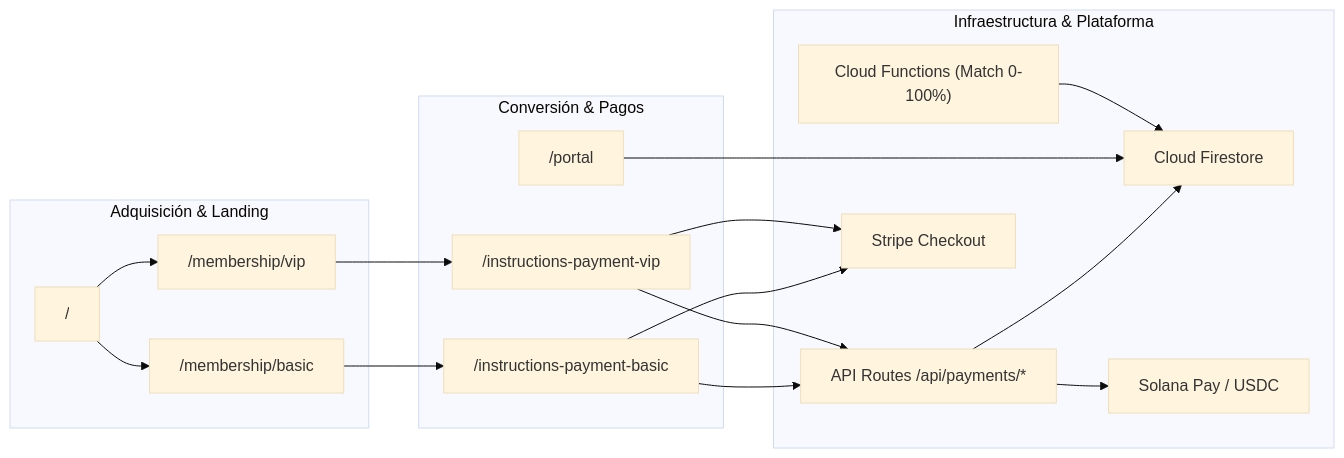
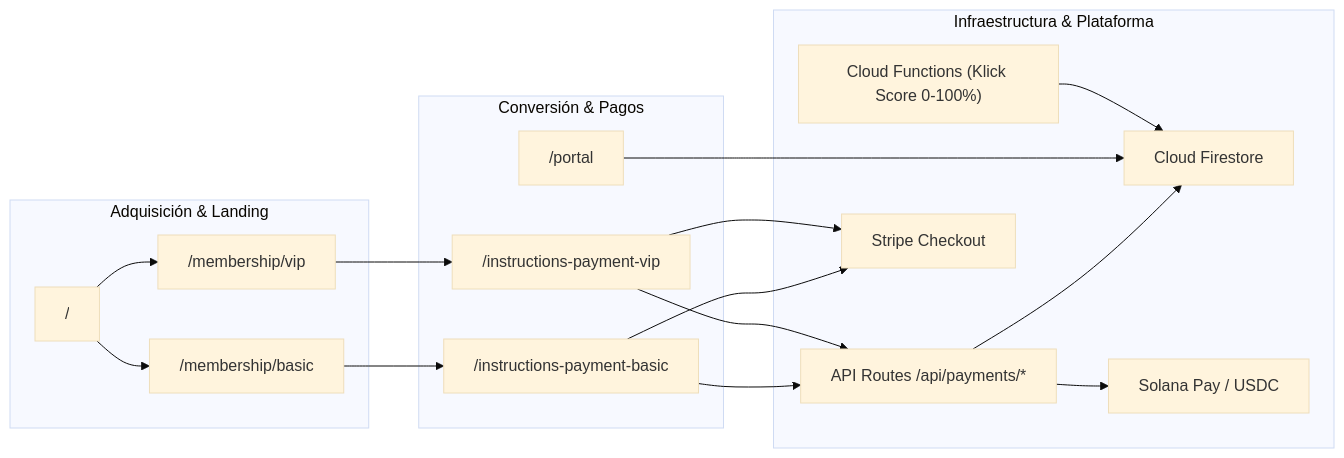
The diagram in docs/INVESTOR_OVERVIEW.md (klick-dating-app/klick-land), drawn with Mermaid (base theme) before and after one commit. The commit also changed 35 other files, not shown here.

````diff
--- a/docs/INVESTOR_OVERVIEW.md
+++ b/docs/INVESTOR_OVERVIEW.md
@@ -27,35 +27,35 @@
 ```mermaid
 flowchart LR
     subgraph Adquisición["Adquisición & Landing"]
         Home["/"]
         BasicPlan["/membership/basic"]
         VipPlan["/membership/vip"]
     end
 
     subgraph Conversión["Conversión & Pagos"]
         PayBasic["/instructions-payment-basic"]
         PayVip["/instructions-payment-vip"]
         Portal["/portal"]
     end
 
     subgraph Backend["Infraestructura & Plataforma"]
         API["API Routes /api/payments/*"]
         FS["Cloud Firestore"]
-        Fn["Cloud Functions (Match 0-100%)"]
+        Fn["Cloud Functions (Klick Score 0-100%)"]
         Stripe["Stripe Checkout"]
         Solana["Solana Pay / USDC"]
     end
 
     Home --> BasicPlan
     Home --> VipPlan
     BasicPlan --> PayBasic
     VipPlan --> PayVip
     PayBasic --> Stripe
     PayBasic --> API
     PayVip --> Stripe
     PayVip --> API
     API --> FS
     API --> Solana
     Portal --> FS
     Fn --> FS
 ```
````
